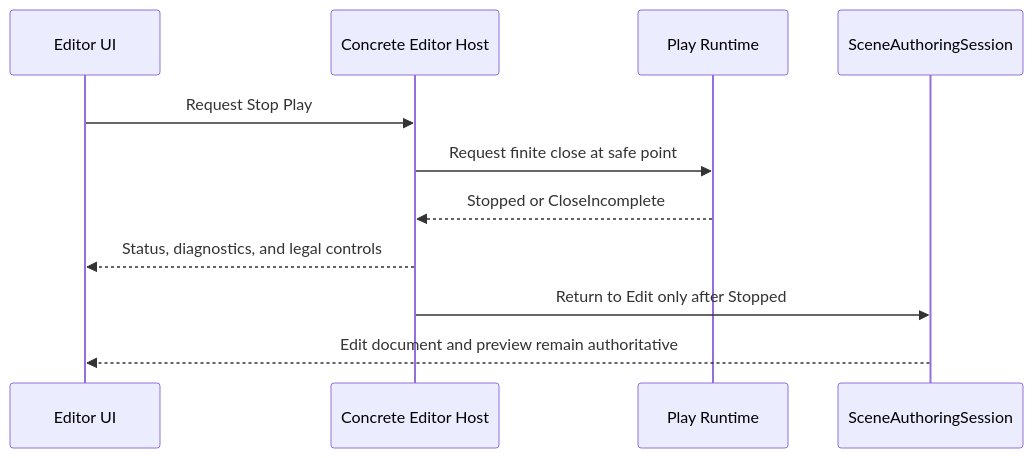
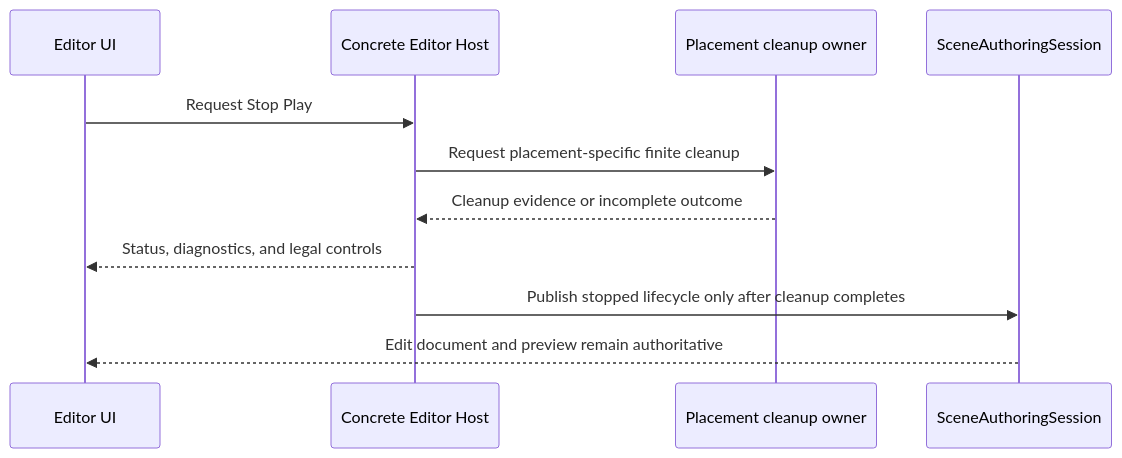
One commit to Latias94/nara changed the third of 4 diagrams in docs/architecture/adr/0034-editor-play-mode-world-boundary.md. Above: the diagram before and after it, drawn with Mermaid. The commit also changed other lines of this file and 39 other files, not shown here.

First line of the commit message:
docs(architecture): rebaseline foundation and extension design

````diff
--- a/docs/architecture/adr/0034-editor-play-mode-world-boundary.md
+++ b/docs/architecture/adr/0034-editor-play-mode-world-boundary.md
@@ -168,14 +206,14 @@
 ```mermaid
 sequenceDiagram
     participant UI as Editor UI
     participant Host as Concrete Editor Host
-    participant Play as Play Runtime
+    participant Play as Placement cleanup owner
     participant Session as SceneAuthoringSession
 
     UI->>Host: Request Stop Play
-    Host->>Play: Request finite close at safe point
-    Play-->>Host: Stopped or CloseIncomplete
+    Host->>Play: Request placement-specific finite cleanup
+    Play-->>Host: Cleanup evidence or incomplete outcome
     Host-->>UI: Status, diagnostics, and legal controls
-    Host->>Session: Return to Edit only after Stopped
+    Host->>Session: Publish stopped lifecycle only after cleanup completes
     Session-->>UI: Edit document and preview remain authoritative
 ```
````
